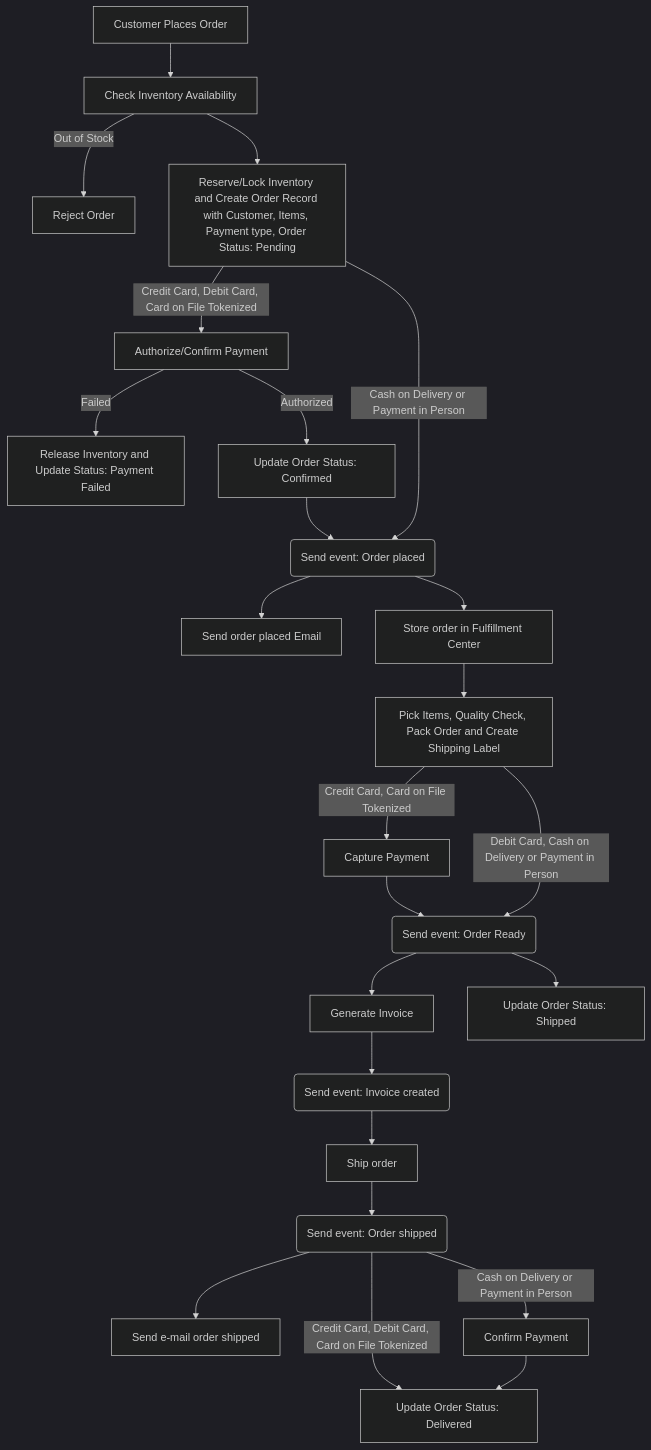
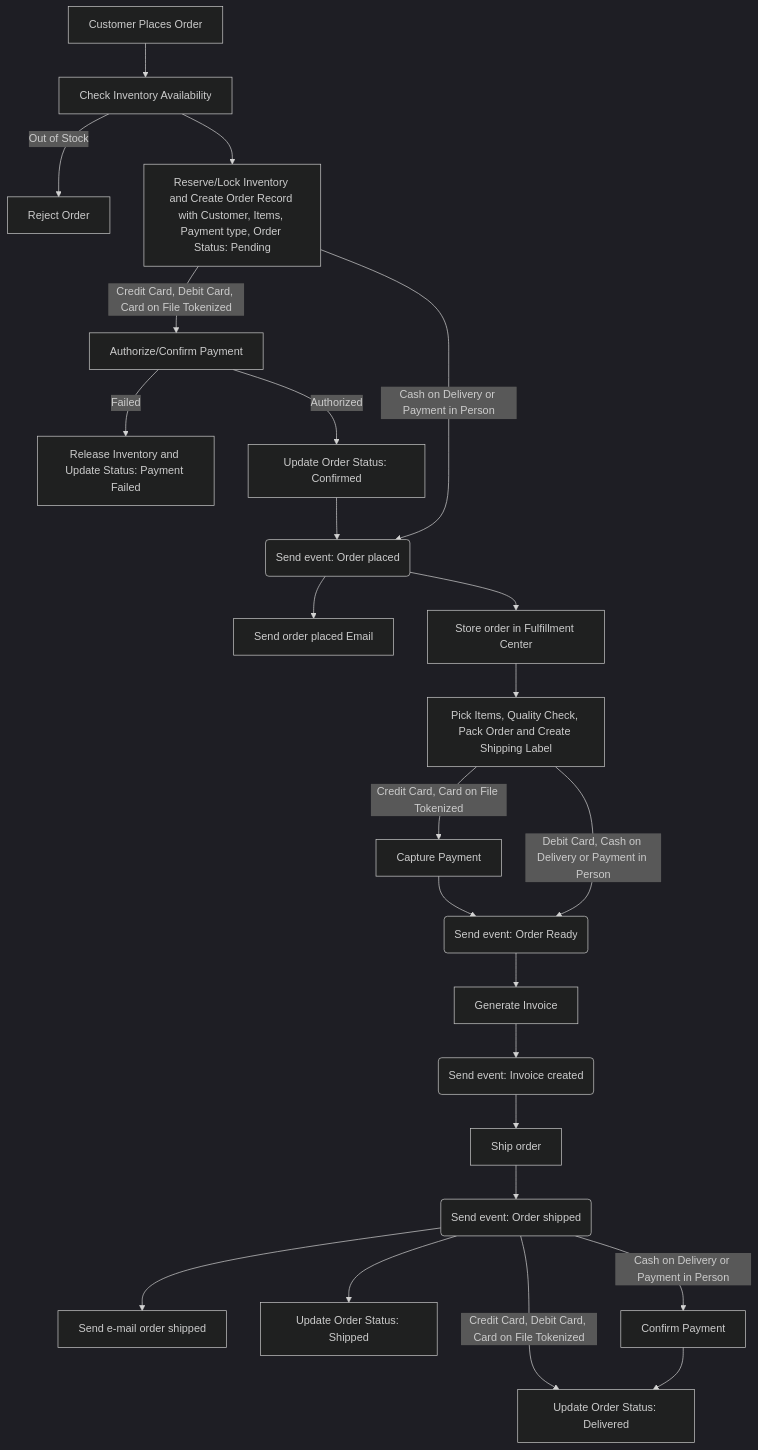
The diagram in README.md (RobertoFreireDev/Order-Management), drawn with Mermaid (dark theme) before and after one commit.

````diff
--- a/README.md
+++ b/README.md
@@ -3,35 +3,35 @@
 ```mermaid
 flowchart TD
 %% =========================
 %% ORDER CAPTURE
 %% =========================
 A[Customer Places Order] --> B[Check Inventory Availability]
 B -->|Out of Stock| C[Reject Order]
 B --> D[Reserve/Lock Inventory and Create Order Record with Customer, Items, Payment type, Order Status: Pending]
 D --> |Credit Card, Debit Card, Card on File Tokenized| E[Authorize/Confirm Payment]
 E -->|Failed| F[Release Inventory and Update Status: Payment Failed]
 E -->|Authorized| G[Update Order Status: Confirmed]
 G --> H(Send event: Order placed)
 D --> |Cash on Delivery or Payment in Person| H
 H --> I[Send order placed Email]
 %% =========================
 %% FULFILLMENT
 %% =========================
 H --> K[Store order in Fulfillment Center]
 K --> L[Pick Items, Quality Check, Pack Order and Create Shipping Label]
 L --> |Credit Card, Card on File Tokenized| V[Capture Payment]
 V --> M(Send event: Order Ready)
 L --> |Debit Card, Cash on Delivery or Payment in Person| M(Send event: Order Ready)
 M --> J[Generate Invoice]
 J --> S(Send event: Invoice created)
 S --> U[Ship order]
 U --> P(Send event: Order shipped)
-M --> N[Update Order Status: Shipped]
 %% =========================
 %% DELIVERY
 %% =========================
 P --> O[Send e-mail order shipped]
+P --> N[Update Order Status: Shipped]
 P --> |Cash on Delivery or Payment in Person| Q[Confirm Payment]
 P --> |Credit Card, Debit Card, Card on File Tokenized| R
 Q --> R[Update Order Status: Delivered]
 ```
````
